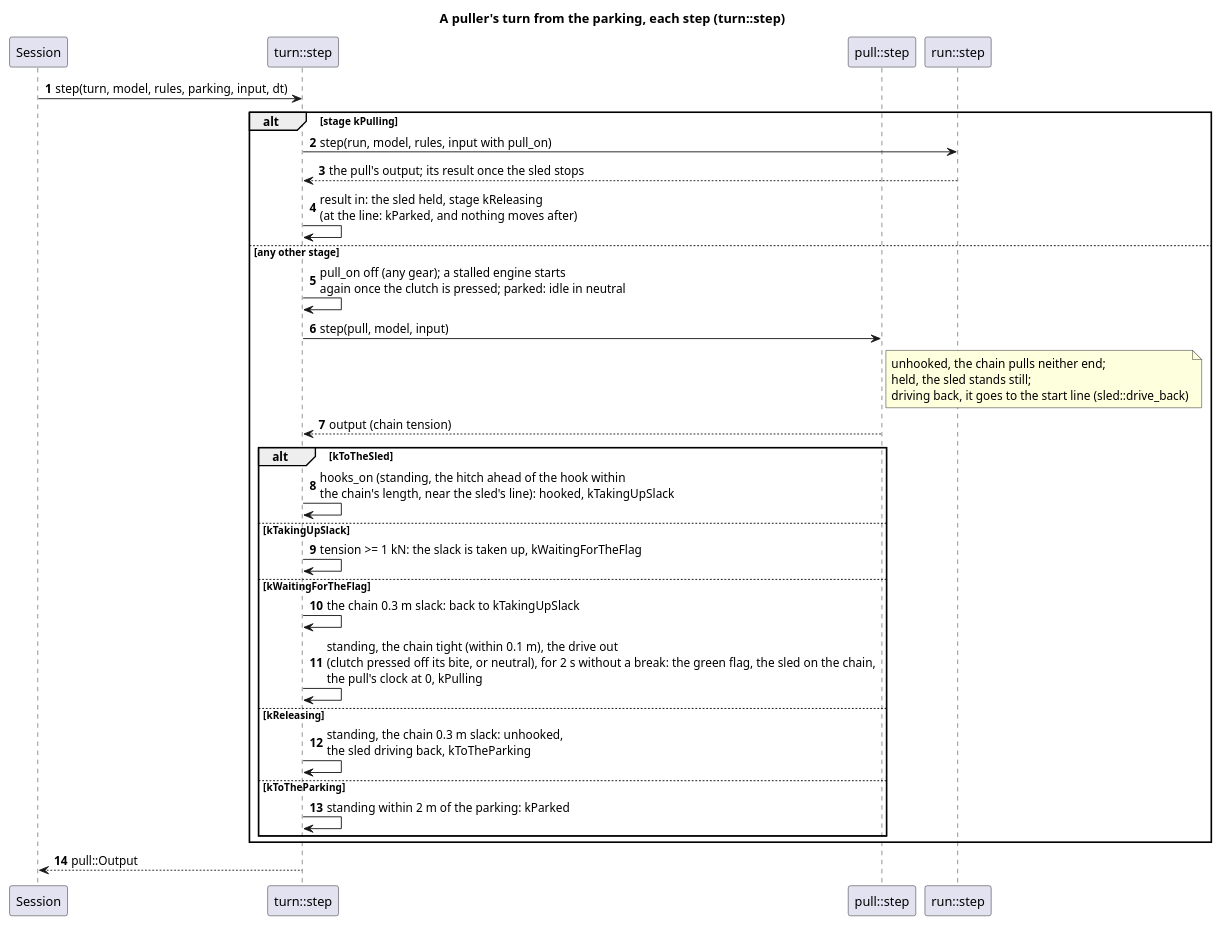
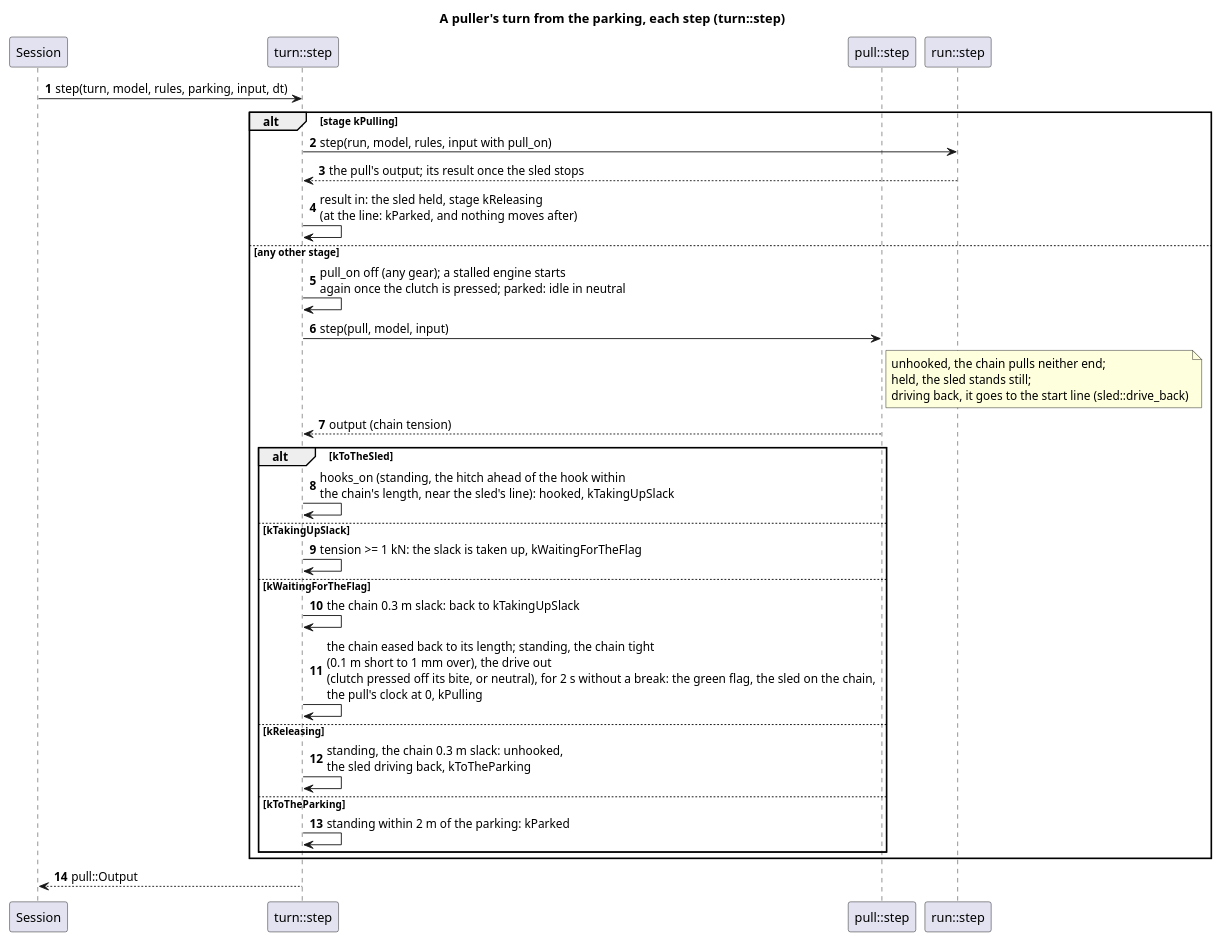
Before and after one commit to wversteeg/TractorPulling: the diagram in docs/diagrams/turn_sequence.puml, drawn with PlantUML. The commit also changed 15 other files, not shown here.

First line of the commit message:
Address the review: brakes once the clutch is out, flag after the jolt

```diff
--- a/docs/diagrams/turn_sequence.puml
+++ b/docs/diagrams/turn_sequence.puml
@@ -1,37 +1,37 @@
 @startuml turn_sequence
 title A puller's turn from the parking, each step (turn::step)
 autonumber
 participant "Session" as Session
 participant "turn::step" as Turn
 participant "pull::step" as Pull
 participant "run::step" as Run
 
 Session -> Turn : step(turn, model, rules, parking, input, dt)
 alt stage kPulling
   Turn -> Run : step(run, model, rules, input with pull_on)
   Run --> Turn : the pull's output; its result once the sled stops
   Turn -> Turn : result in: the sled held, stage kReleasing\n(at the line: kParked, and nothing moves after)
 else any other stage
   Turn -> Turn : pull_on off (any gear); a stalled engine starts\nagain once the clutch is pressed; parked: idle in neutral
   Turn -> Pull : step(pull, model, input)
   note right of Pull
     unhooked, the chain pulls neither end;
     held, the sled stands still;
     driving back, it goes to the start line (sled::drive_back)
   end note
   Pull --> Turn : output (chain tension)
   alt kToTheSled
     Turn -> Turn : hooks_on (standing, the hitch ahead of the hook within\nthe chain's length, near the sled's line): hooked, kTakingUpSlack
   else kTakingUpSlack
     Turn -> Turn : tension >= 1 kN: the slack is taken up, kWaitingForTheFlag
   else kWaitingForTheFlag
     Turn -> Turn : the chain 0.3 m slack: back to kTakingUpSlack
-    Turn -> Turn : standing, the chain tight (within 0.1 m), the drive out\n(clutch pressed off its bite, or neutral), for 2 s without a break: the green flag, the sled on the chain,\nthe pull's clock at 0, kPulling
+    Turn -> Turn : the chain eased back to its length; standing, the chain tight\n(0.1 m short to 1 mm over), the drive out\n(clutch pressed off its bite, or neutral), for 2 s without a break: the green flag, the sled on the chain,\nthe pull's clock at 0, kPulling
   else kReleasing
     Turn -> Turn : standing, the chain 0.3 m slack: unhooked,\nthe sled driving back, kToTheParking
   else kToTheParking
     Turn -> Turn : standing within 2 m of the parking: kParked
   end
 end
 Turn --> Session : pull::Output
 @enduml
```
